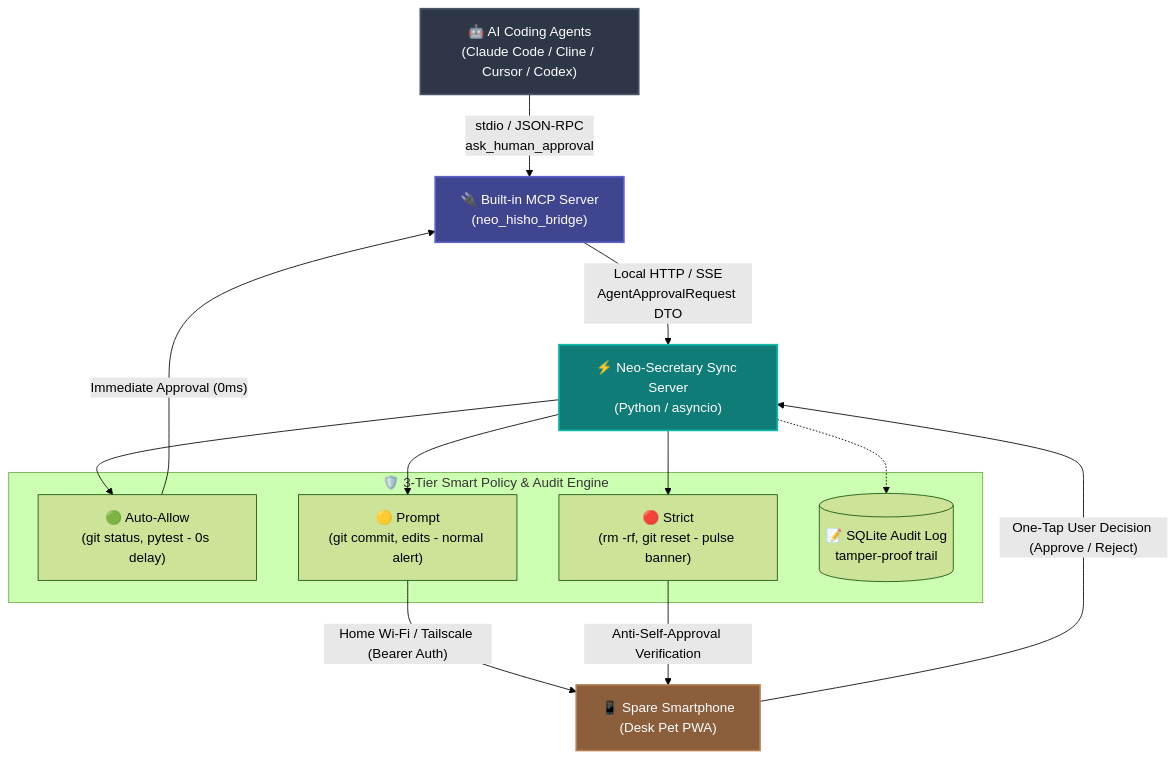
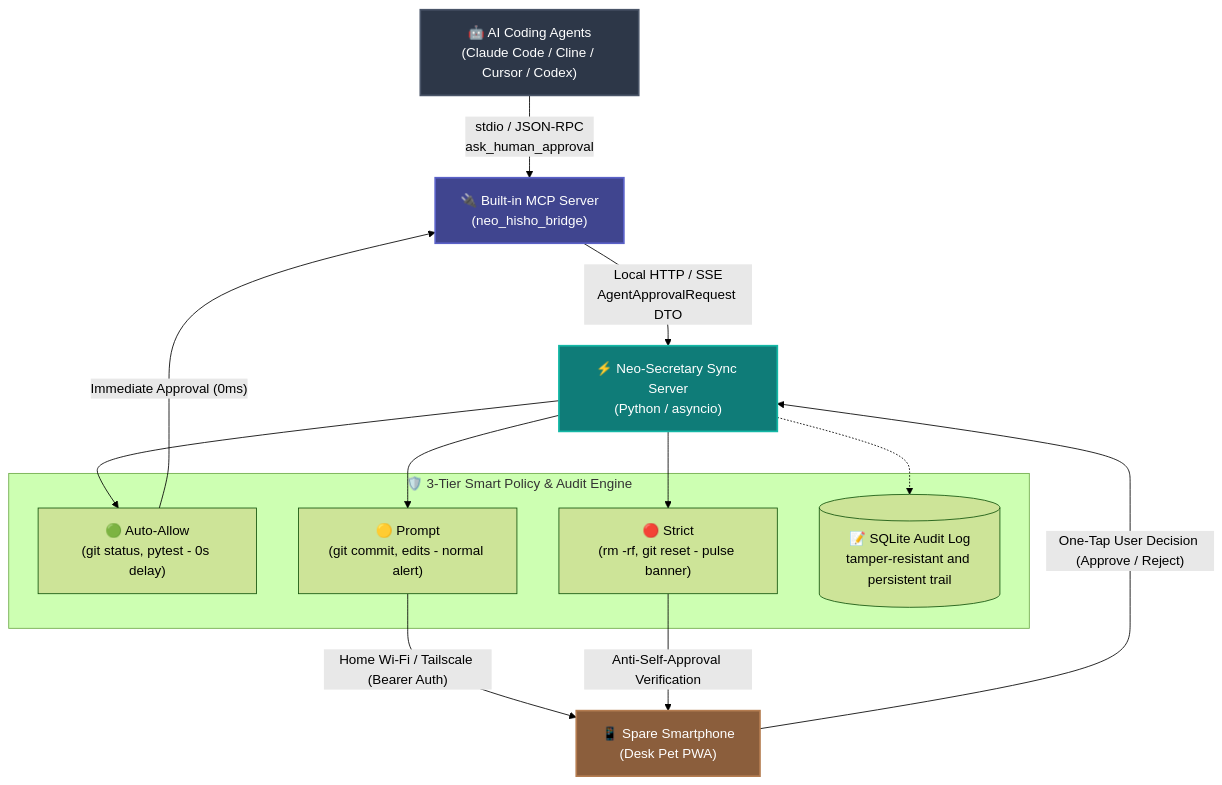
One commit to Siitake-man/hisho-kun changed the diagram in README_en.md. Above: the diagram before and after it, drawn with Mermaid (forest theme). The commit also changed other lines of this file and 9 other files, not shown here.

````diff
--- a/README_en.md
+++ b/README_en.md
@@ -68,33 +68,33 @@
 ```mermaid
 graph TD
     classDef agent fill:#2d3748,stroke:#4a5568,stroke-width:2px,color:#fff;
     classDef bridge fill:#40458f,stroke:#5a61c7,stroke-width:2px,color:#fff;
     classDef server fill:#0f7c78,stroke:#14b8a6,stroke-width:2px,color:#fff;
     classDef phone fill:#8b5e3c,stroke:#b47c50,stroke-width:2px,color:#fff;
 
     Agents["🤖 AI Coding Agents<br/>(Claude Code / Cline / Cursor / Codex)"]:::agent
     MCP["🔌 Built-in MCP Server<br/>(neo_hisho_bridge)"]:::bridge
     Server["⚡ Neo-Secretary Sync Server<br/>(Python / asyncio)"]:::server
     PWA["📱 Spare Smartphone<br/>(Desk Pet PWA)"]:::phone
 
     Agents -->|"stdio / JSON-RPC<br/>ask_human_approval"| MCP
     MCP -->|"Local HTTP / SSE<br/>AgentApprovalRequest DTO"| Server
 
     subgraph DefenseEngine ["🛡️ 3-Tier Smart Policy & Audit Engine"]
         Auto["🟢 Auto-Allow<br/>(git status, pytest - 0s delay)"]
         Prompt["🟡 Prompt<br/>(git commit, edits - normal alert)"]
         Strict["🔴 Strict<br/>(rm -rf, git reset - pulse banner)"]
-        Audit[("📝 SQLite Audit Log<br/>tamper-proof trail")]
+        Audit[("📝 SQLite Audit Log<br/>tamper-resistant and persistent trail")]
     end
 
     Server --> Auto
     Server --> Prompt
     Server --> Strict
     Server -.-> Audit
 
     Auto -->|"Immediate Approval (0ms)"| MCP
     Prompt -->|"Home Wi-Fi / Tailscale (Bearer Auth)"| PWA
     Strict -->|"Anti-Self-Approval Verification"| PWA
 
     PWA -->|"One-Tap User Decision (Approve / Reject)"| Server
 ```
````
